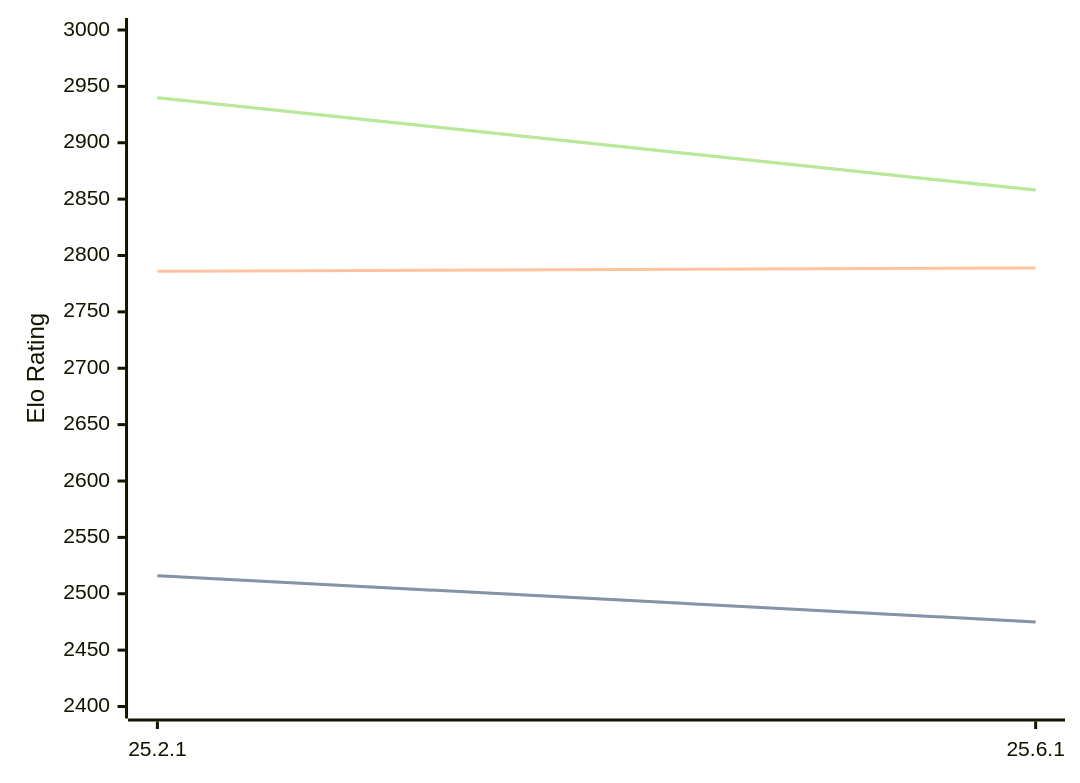
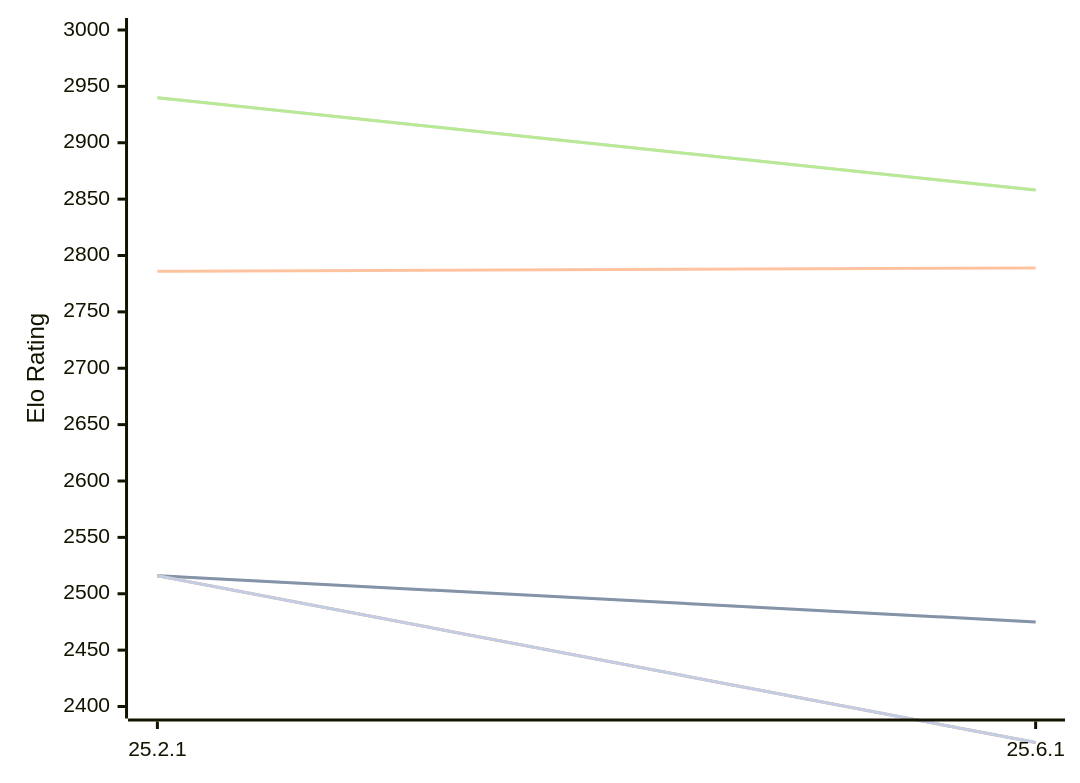
The diagram in engines/Crafty.md (computer-chess-index/cci), drawn with Mermaid before and after one commit. The commit also changed other lines of this file, not shown here.

Commit message:
Update CCI Ratings (ELO VLTC) - 2026-10-11

````diff
--- a/engines/Crafty.md
+++ b/engines/Crafty.md
@@ -48,16 +48,13 @@
 ```mermaid
 %%{init: {"theme":"base","themeVariables":{"seriesColors:['#a3a3a3','#222221','#faa371']}}}%%
 xychart-beta
   x-axis ["25.2.1", "25.6.1"]
   y-axis "Elo Rating" 2400 --> 3000
   line "" [2516, 2475]
   line "T1: STC (8.0+0.08s)" [2516, 2475]
   line "T1: LTC (60.0+0.60s)" [2786, 2789]
   line "" [2940, 2858]
   line "T1: VLTC (2m24s+1.12s)" [2940, 2858]
-  line "" [2354]
-  line "E1: STC (8.0+0.08s)" [2354]
-  line "E1: LTC (60.0+0.60s)" [2670]
-  line "" [2778]
-  line "E1: VLTC (2m24s+1.12s)" [2778]
+  line "" [2516,2368]
+  line "E1: STC (8.0+0.08s)" [2516,2368]
 ```
````
